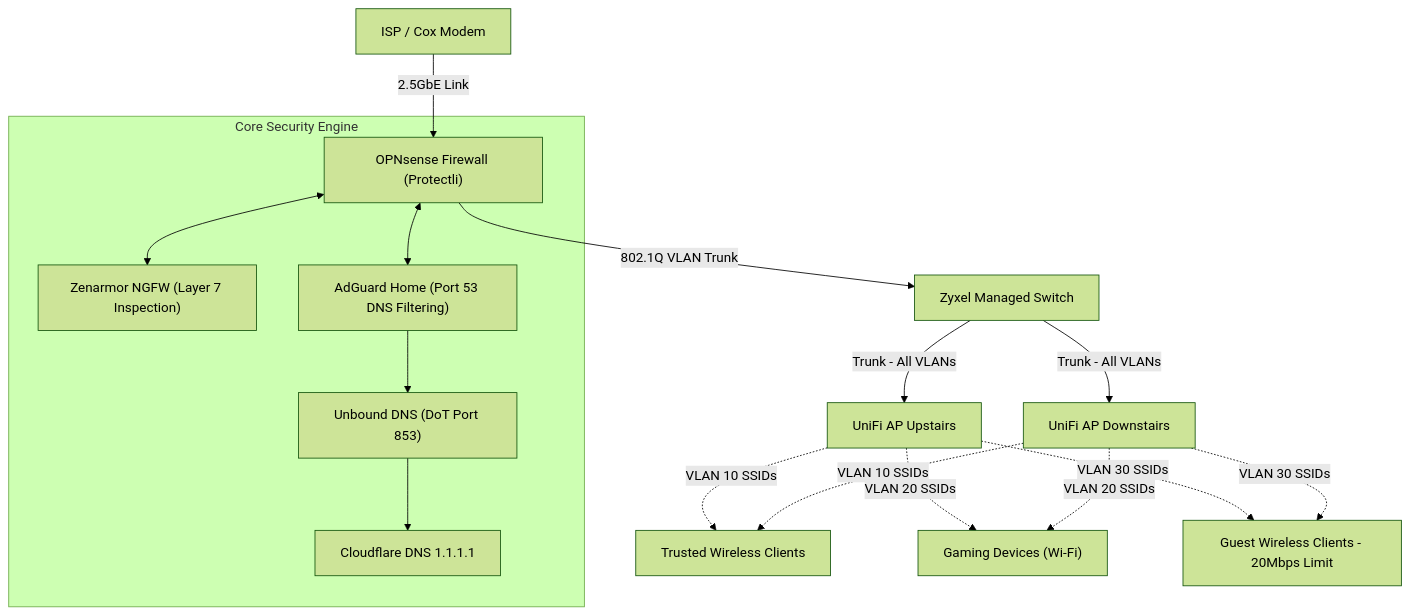
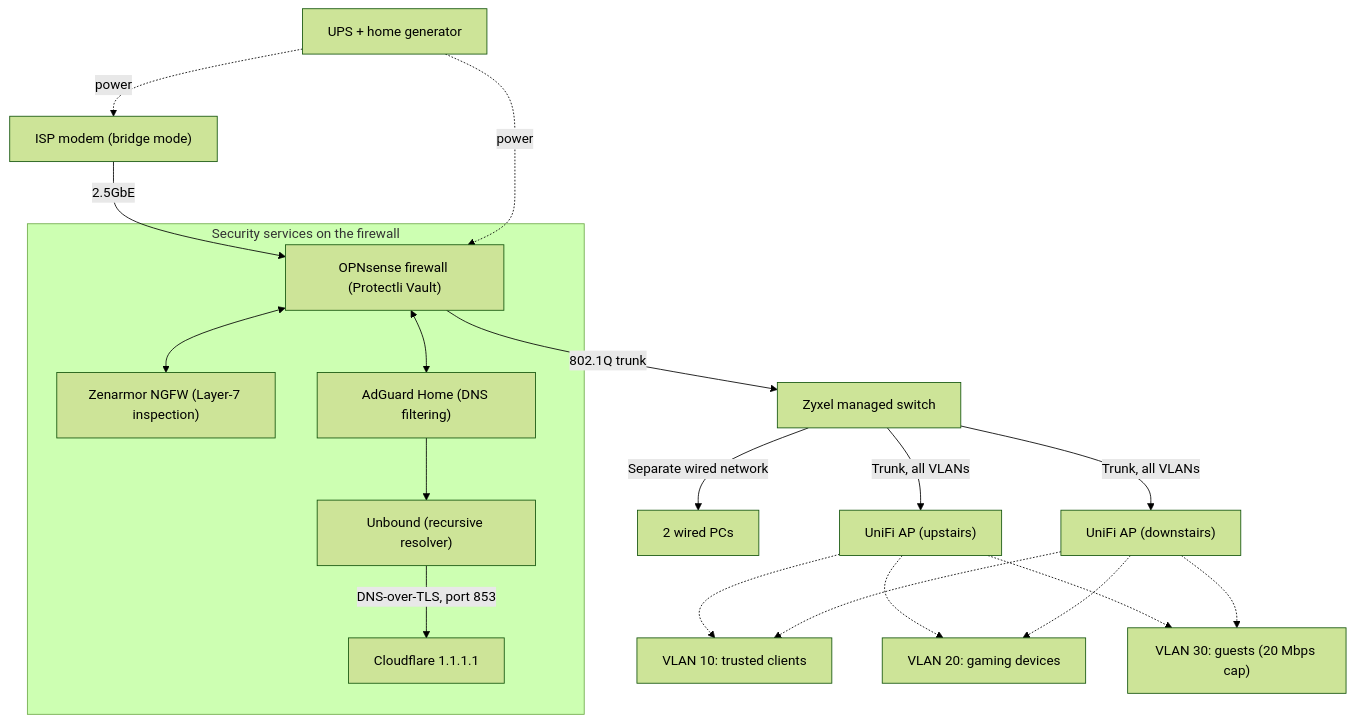
The diagram in README.md (vursoir/homelab-network-infrastructure), drawn with Mermaid (forest theme) before and after one commit. The commit also changed other lines of this file and 8 other files, not shown here.

````diff
--- a/README.md
+++ b/README.md
@@ -17,23 +11,26 @@
 ```mermaid
 graph TD
-    WAN["ISP / Cox Modem"] -->|2.5GbE Link| FW["OPNsense Firewall (Protectli)"]
+    WAN["ISP modem (bridge mode)"] -->|2.5GbE| FW["OPNsense firewall (Protectli Vault)"]
 
-    subgraph "Core Security Engine"
-        FW <--> ZEN["Zenarmor NGFW (Layer 7 Inspection)"]
-        FW <--> AGH["AdGuard Home (Port 53 DNS Filtering)"]
-        AGH --> UNB["Unbound DNS (DoT Port 853)"]
-        UNB --> CF["Cloudflare DNS 1.1.1.1"]
+    subgraph "Security services on the firewall"
+        FW <--> ZEN["Zenarmor NGFW (Layer-7 inspection)"]
+        FW <--> AGH["AdGuard Home (DNS filtering)"]
+        AGH --> UNB["Unbound (recursive resolver)"]
+        UNB -->|DNS-over-TLS, port 853| CF["Cloudflare 1.1.1.1"]
     end
 
-    FW -->|802.1Q VLAN Trunk| SW["Zyxel Managed Switch"]
+    UPS["UPS + home generator"] -.->|power| WAN
+    UPS -.->|power| FW
 
-    SW -->|Trunk - All VLANs| AP1["UniFi AP Upstairs"]
-    SW -->|Trunk - All VLANs| AP2["UniFi AP Downstairs"]
+    FW -->|802.1Q trunk| SW["Zyxel managed switch"]
+    SW -->|Separate wired network| PC["2 wired PCs"]
+    SW -->|Trunk, all VLANs| AP1["UniFi AP (upstairs)"]
+    SW -->|Trunk, all VLANs| AP2["UniFi AP (downstairs)"]
 
-    AP1 -.->|VLAN 10 SSIDs| W1["Trusted Wireless Clients"]
-    AP2 -.->|VLAN 10 SSIDs| W1
-    AP1 -.->|VLAN 20 SSIDs| W2["Gaming Devices (Wi-Fi)"]
-    AP2 -.->|VLAN 20 SSIDs| W2
-    AP1 -.->|VLAN 30 SSIDs| W3["Guest Wireless Clients - 20Mbps Limit"]
-    AP2 -.->|VLAN 30 SSIDs| W3
-   ``` 
+    AP1 -.-> W1["VLAN 10: trusted clients"]
+    AP2 -.-> W1
+    AP1 -.-> W2["VLAN 20: gaming devices"]
+    AP2 -.-> W2
+    AP1 -.-> W3["VLAN 30: guests (20 Mbps cap)"]
+    AP2 -.-> W3
+```
````
